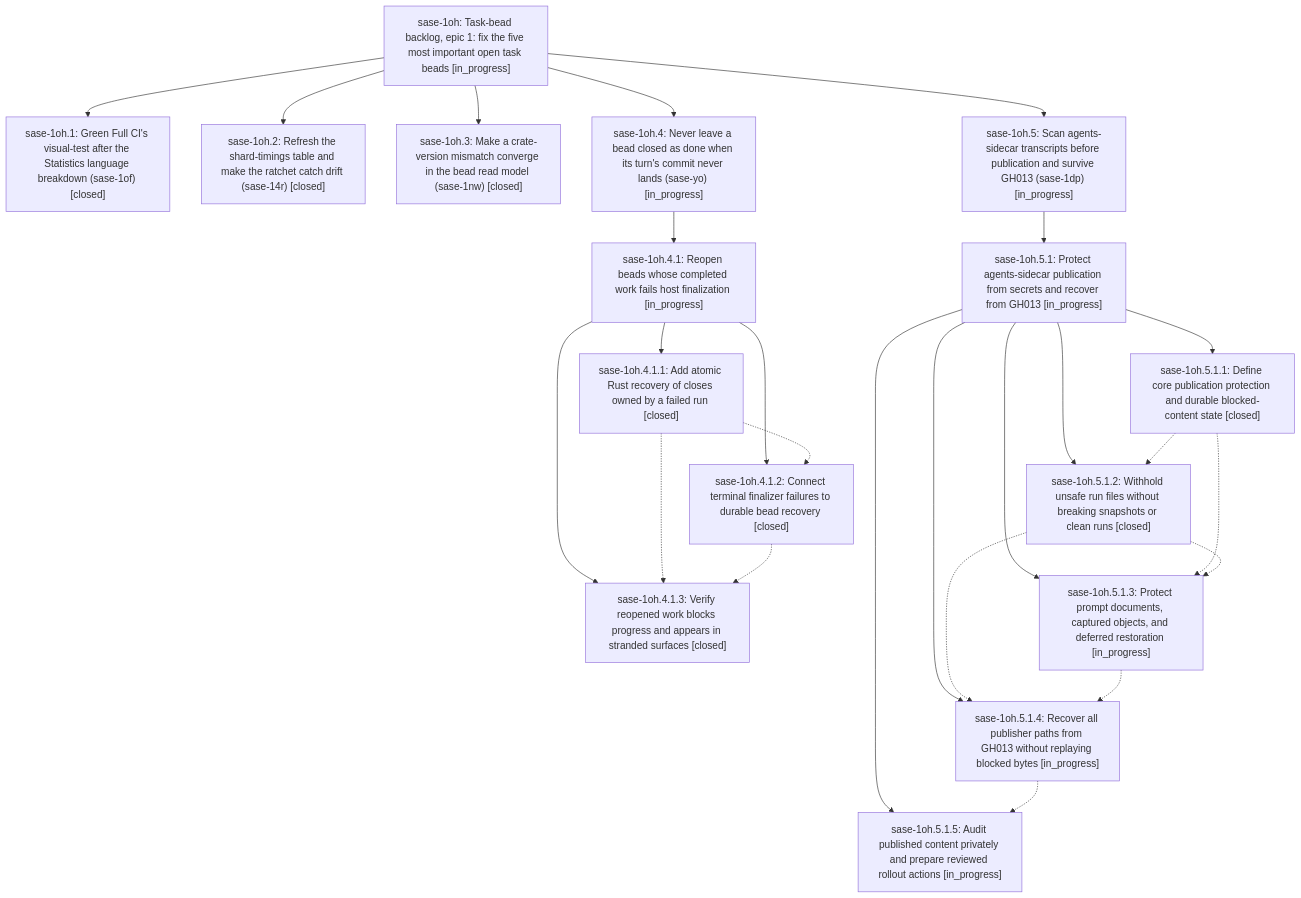
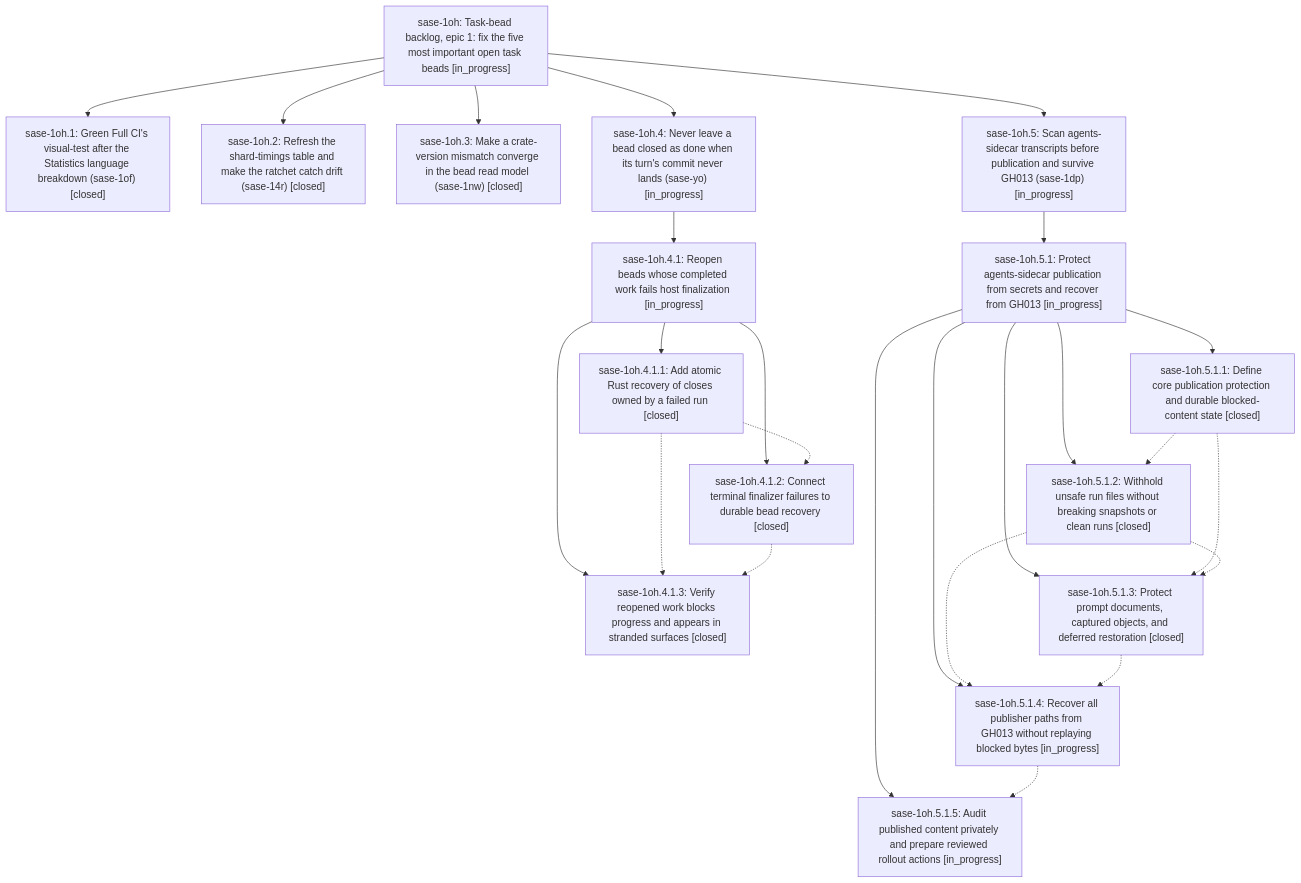
One commit to sase-org/sase--beads changed the diagram in pages/sase-1oh/README.md. Above: the diagram before and after it, drawn with Mermaid. The commit also changed other lines of this file and 8 other files, not shown here.

````diff
--- a/pages/sase-1oh/README.md
+++ b/pages/sase-1oh/README.md
@@ -40,43 +40,43 @@
 ```mermaid
 flowchart TD
     n0["sase-1oh: Task-bead backlog, epic 1: fix the five most important open task beads [in_progress]"]
     n1["sase-1oh.1: Green Full CI's visual-test after the Statistics language breakdown (sase-1of) [closed]"]
     n2["sase-1oh.2: Refresh the shard-timings table and make the ratchet catch drift (sase-14r) [closed]"]
     n3["sase-1oh.3: Make a crate-version mismatch converge in the bead read model (sase-1nw) [closed]"]
     n4["sase-1oh.4: Never leave a bead closed as done when its turn's commit never lands (sase-yo) [in_progress]"]
     n5["sase-1oh.4.1: Reopen beads whose completed work fails host finalization [in_progress]"]
     n6["sase-1oh.4.1.1: Add atomic Rust recovery of closes owned by a failed run [closed]"]
     n7["sase-1oh.4.1.2: Connect terminal finalizer failures to durable bead recovery [closed]"]
     n8["sase-1oh.4.1.3: Verify reopened work blocks progress and appears in stranded surfaces [closed]"]
     n9["sase-1oh.5: Scan agents-sidecar transcripts before publication and survive GH013 (sase-1dp) [in_progress]"]
     n10["sase-1oh.5.1: Protect agents-sidecar publication from secrets and recover from GH013 [in_progress]"]
     n11["sase-1oh.5.1.1: Define core publication protection and durable blocked-content state [closed]"]
     n12["sase-1oh.5.1.2: Withhold unsafe run files without breaking snapshots or clean runs [closed]"]
-    n13["sase-1oh.5.1.3: Protect prompt documents, captured objects, and deferred restoration [in_progress]"]
+    n13["sase-1oh.5.1.3: Protect prompt documents, captured objects, and deferred restoration [closed]"]
     n14["sase-1oh.5.1.4: Recover all publisher paths from GH013 without replaying blocked bytes [in_progress]"]
     n15["sase-1oh.5.1.5: Audit published content privately and prepare reviewed rollout actions [in_progress]"]
     n0 --> n1
     n0 --> n2
     n0 --> n3
     n0 --> n4
     n4 --> n5
     n5 --> n6
     n5 --> n7
     n5 --> n8
     n0 --> n9
     n9 --> n10
     n10 --> n11
     n10 --> n12
     n10 --> n13
     n10 --> n14
     n10 --> n15
     n6 -.-> n7
     n6 -.-> n8
     n7 -.-> n8
     n11 -.-> n12
     n11 -.-> n13
     n12 -.-> n13
     n12 -.-> n14
     n13 -.-> n14
     n14 -.-> n15
 ```
````
